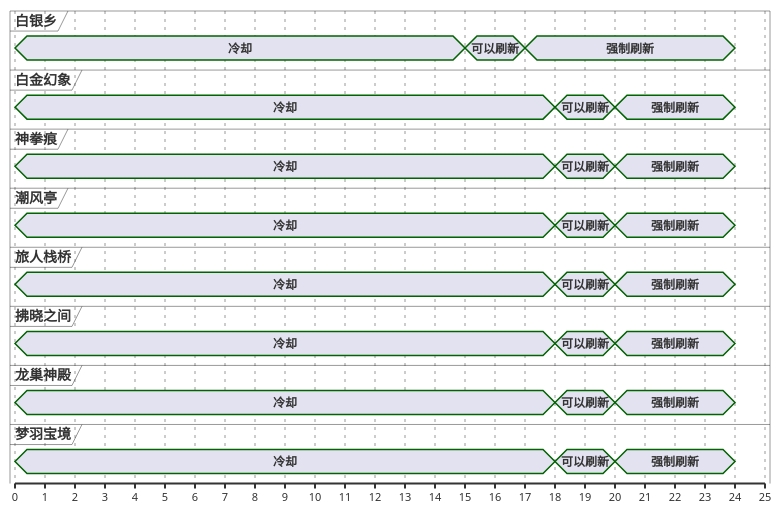
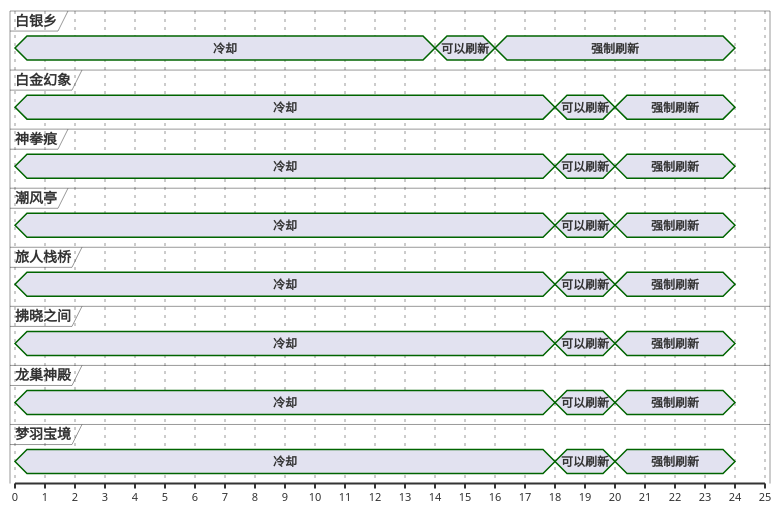
The second of 13 diagrams in ffxiv/hunt/2.0/Mindflayer.md (Eroleice/doc-pi), drawn with PlantUML before and after one commit. The commit also changed other lines of this file and 38 other files, not shown here.

````diff
--- a/ffxiv/hunt/2.0/Mindflayer.md
+++ b/ffxiv/hunt/2.0/Mindflayer.md
@@ -99,63 +99,63 @@
 ```plantuml
 @startuml
 scale 1 as 30 pixels
 
 concise 白银乡
 concise 白金幻象
 concise 神拳痕
 concise 潮风亭
 concise 旅人栈桥
 concise 拂晓之间
 concise 龙巢神殿
 concise 梦羽宝境
 
 @白银乡
 0 is 冷却
-15 is 可以刷新
-17 is 强制刷新
+14 is 可以刷新
+16 is 强制刷新
 24 is {hidden}
 
 @龙巢神殿
 0 is 冷却
 18 is 可以刷新
 20 is 强制刷新
 24 is {hidden}
 
 @梦羽宝境
 0 is 冷却
 18 is 可以刷新
 20 is 强制刷新
 24 is {hidden}
 
 @拂晓之间
 0 is 冷却
 18 is 可以刷新
 20 is 强制刷新
 24 is {hidden}
 
 @白金幻象
 0 is 冷却
 18 is 可以刷新
 20 is 强制刷新
 24 is {hidden}
 
 @旅人栈桥
 0 is 冷却
 18 is 可以刷新
 20 is 强制刷新
 24 is {hidden}
 
 @潮风亭
 0 is 冷却
 18 is 可以刷新
 20 is 强制刷新
 24 is {hidden}
 
 @神拳痕
 0 is 冷却
 18 is 可以刷新
 20 is 强制刷新
 24 is {hidden}
 
 @enduml
 ```
````
